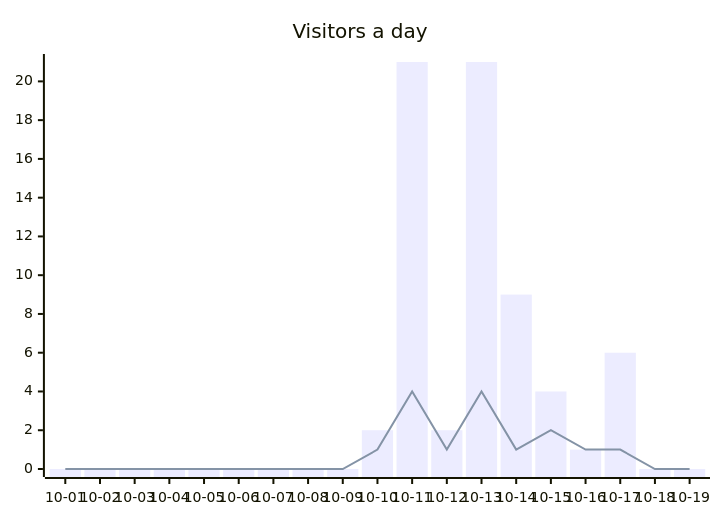
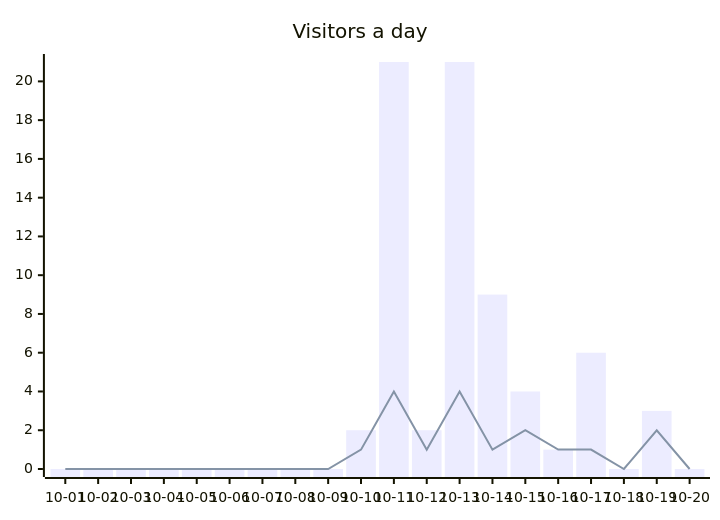
Before and after one commit to ArtemkaGoldMan/ContextSwitcher: the second of 2 diagrams in README.md, drawn with Mermaid. The commit also changed other lines of this file and 5 other files, not shown here.

````diff
--- a/README.md
+++ b/README.md
@@ -40,7 +40,7 @@
 ```mermaid
 xychart-beta
     title "Visitors a day"
-    x-axis ["10-01", "10-02", "10-03", "10-04", "10-05", "10-06", "10-07", "10-08", "10-09", "10-10", "10-11", "10-12", "10-13", "10-14", "10-15", "10-16", "10-17", "10-18", "10-19"]
-    bar [0, 0, 0, 0, 0, 0, 0, 0, 0, 2, 21, 2, 21, 9, 4, 1, 6, 0, 0]
-    line [0, 0, 0, 0, 0, 0, 0, 0, 0, 1, 4, 1, 4, 1, 2, 1, 1, 0, 0]
+    x-axis ["10-01", "10-02", "10-03", "10-04", "10-05", "10-06", "10-07", "10-08", "10-09", "10-10", "10-11", "10-12", "10-13", "10-14", "10-15", "10-16", "10-17", "10-18", "10-19", "10-20"]
+    bar [0, 0, 0, 0, 0, 0, 0, 0, 0, 2, 21, 2, 21, 9, 4, 1, 6, 0, 3, 0]
+    line [0, 0, 0, 0, 0, 0, 0, 0, 0, 1, 4, 1, 4, 1, 2, 1, 1, 0, 2, 0]
 ```
````
